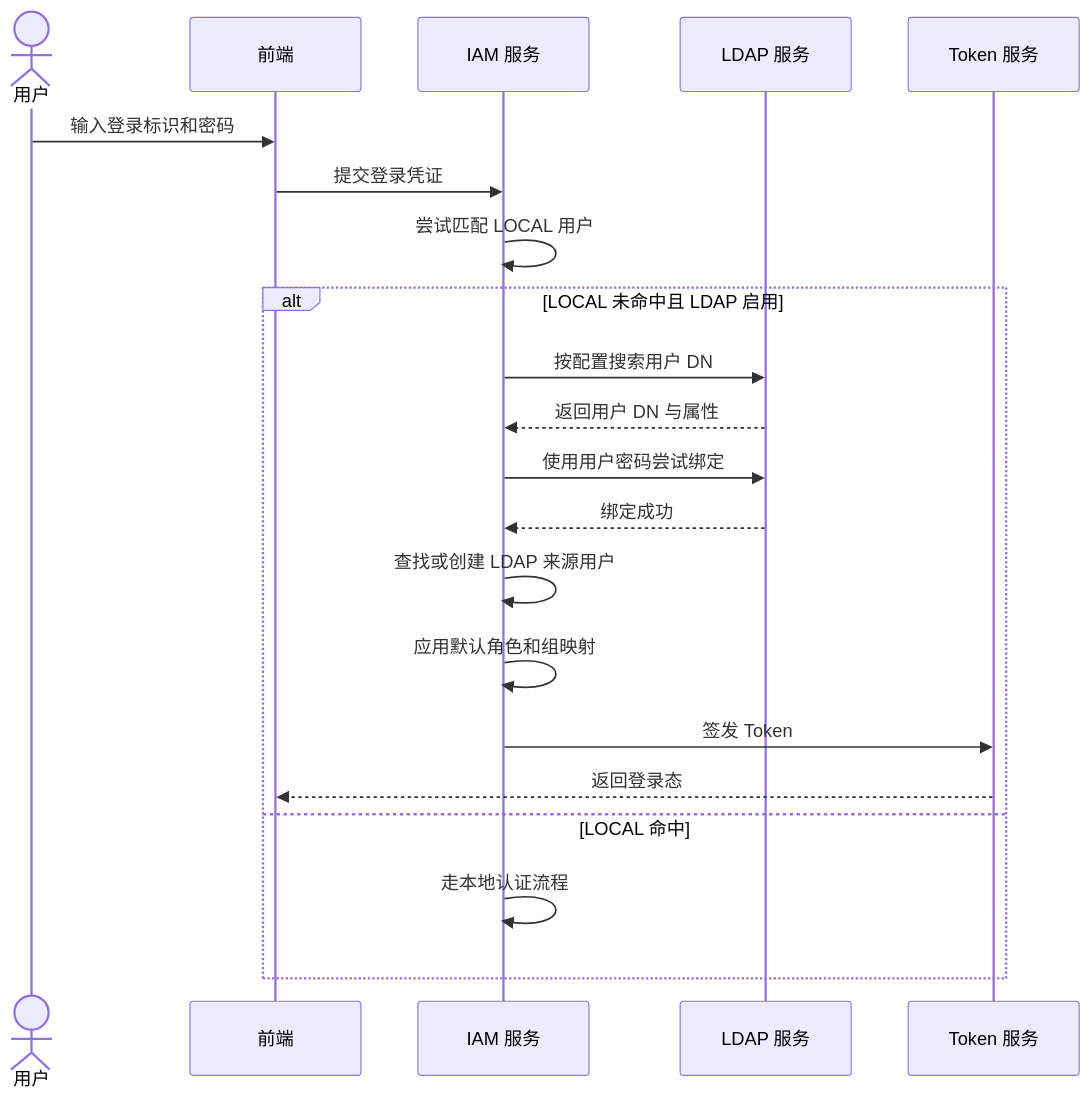
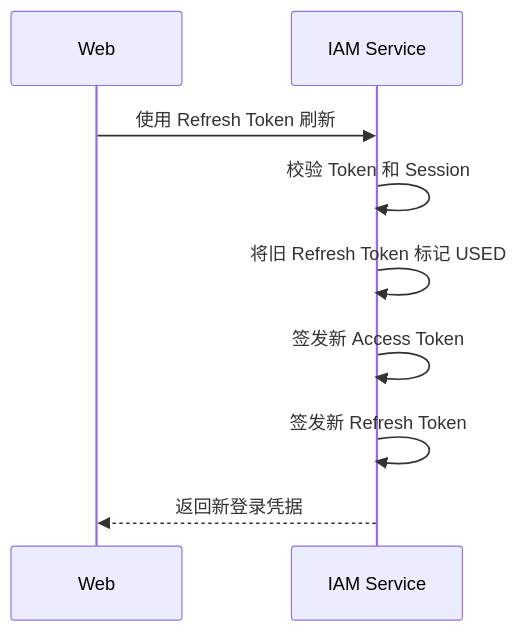
One commit to wangweihong/omnimam-spec changed the fifth of 10 diagrams in 00_product/domains/identity/product-spec.md. Above: the diagram before and after it, drawn with Mermaid. The commit also changed other lines of this file and 24 other files, not shown here.

````diff
--- a/00_product/domains/identity/product-spec.md
+++ b/00_product/domains/identity/product-spec.md
@@ -676,24 +808,12 @@
 ```mermaid
 sequenceDiagram
-  actor U as 用户
-  participant FE as 前端
-  participant IAM as IAM 服务
-  participant LDAP as LDAP 服务
-  participant Token as Token 服务
+    participant FE as Web
+    participant IAM as IAM Service
 
-  U->>FE: 输入登录标识和密码
-  FE->>IAM: 提交登录凭证
-  IAM->>IAM: 尝试匹配 LOCAL 用户
-  alt LOCAL 未命中且 LDAP 启用
-    IAM->>LDAP: 按配置搜索用户 DN
-    LDAP-->>IAM: 返回用户 DN 与属性
-    IAM->>LDAP: 使用用户密码尝试绑定
-    LDAP-->>IAM: 绑定成功
-    IAM->>IAM: 查找或创建 LDAP 来源用户
-    IAM->>IAM: 应用默认角色和组映射
-    IAM->>Token: 签发 Token
-    Token-->>FE: 返回登录态
-  else LOCAL 命中
-    IAM->>IAM: 走本地认证流程
-  end
+    FE->>IAM: 使用 Refresh Token 刷新
+    IAM->>IAM: 校验 Token 和 Session
+    IAM->>IAM: 将旧 Refresh Token 标记 USED
+    IAM->>IAM: 签发新 Access Token
+    IAM->>IAM: 签发新 Refresh Token
+    IAM-->>FE: 返回新登录凭据
 ```
````
